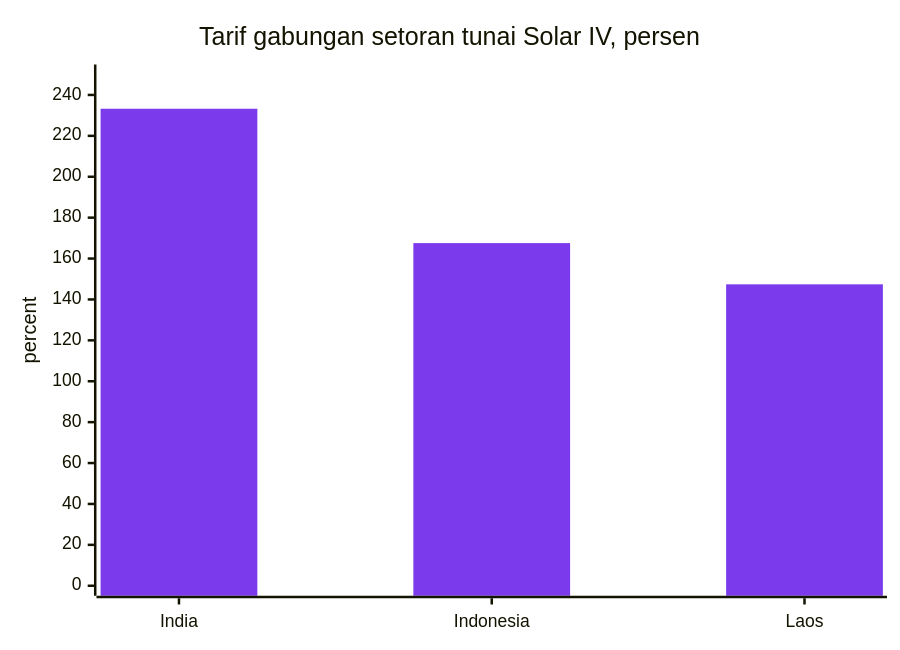
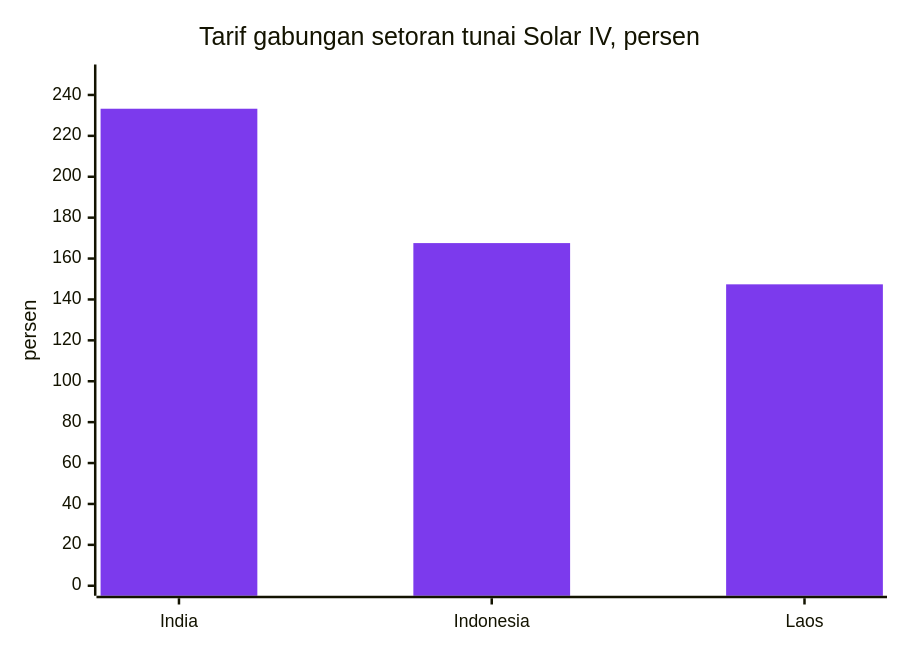
One commit to dureach/research changed the second of 13 diagrams in Global-Trade-Intelligence-weekly-2026-11-16/index.id.md. Above: the diagram before and after it, drawn with Mermaid. The commit also changed other lines of this file and 5 other files, not shown here.

````diff
--- a/Global-Trade-Intelligence-weekly-2026-11-16/index.id.md
+++ b/Global-Trade-Intelligence-weekly-2026-11-16/index.id.md
@@ -235,8 +235,8 @@
 ```mermaid
 %%{init: {'theme': 'base', 'themeVariables': {'xyChart': {'plotColorPalette': '#7c3aed'}}}}%%
 xychart-beta
     title "Tarif gabungan setoran tunai Solar IV, persen"
     x-axis ["India", "Indonesia", "Laos"]
-    y-axis "percent" 0 --> 250
+    y-axis "persen" 0 --> 250
     bar [233.26, 167.56, 147.39]
 ```
````
